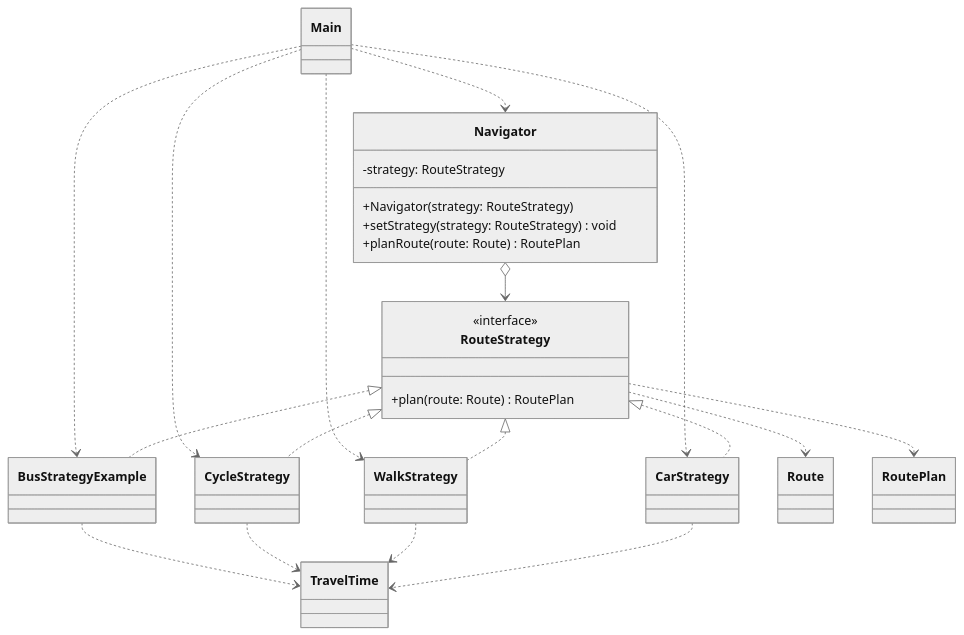
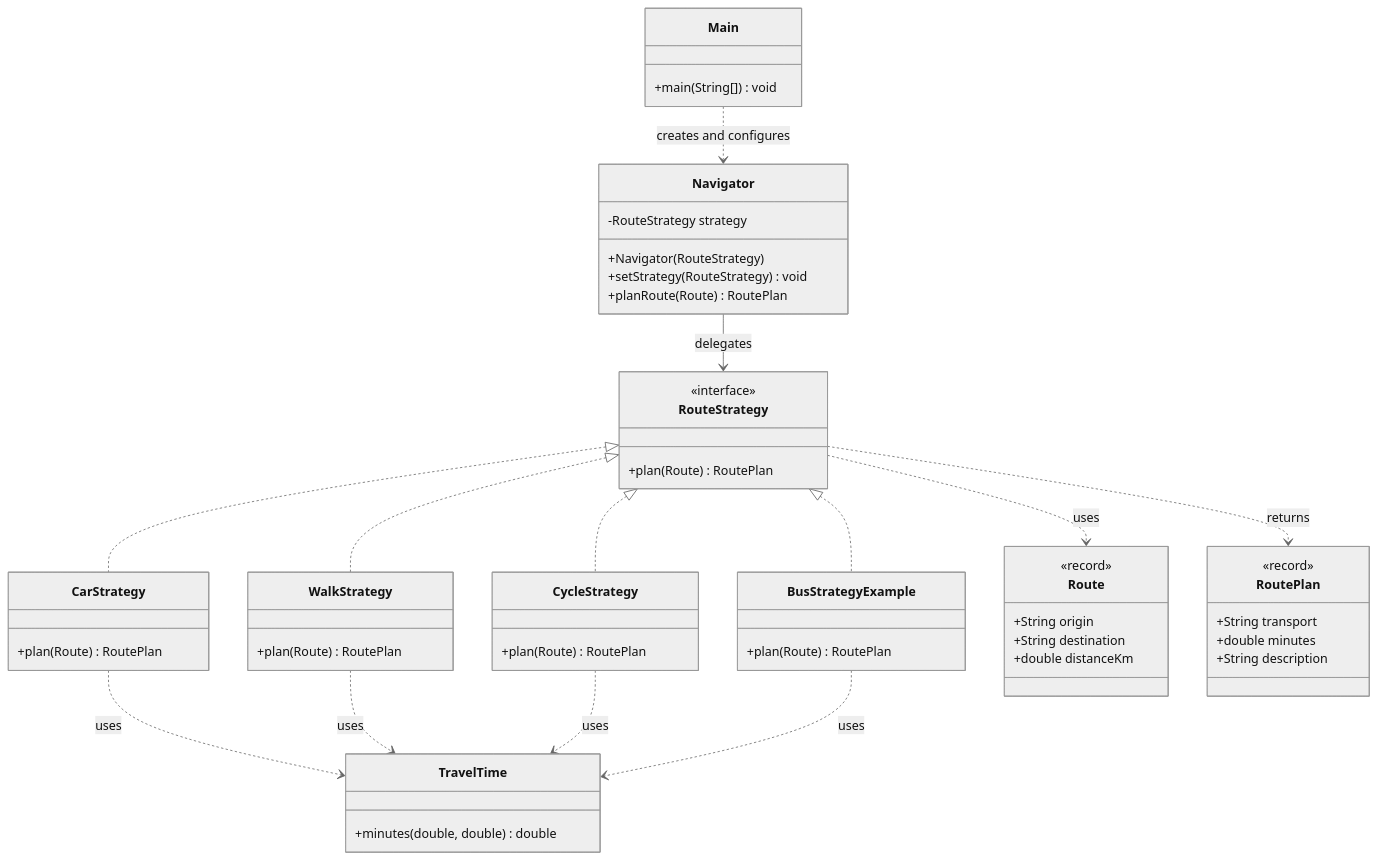
The diagram in REPORT.md (zhuldyzyelbayeva-spec/assignment-5-strategy-pattern-Copy), drawn with Mermaid (neutral theme) before and after one commit. The commit also changed other lines of this file, not shown here.

````diff
--- a/REPORT.md
+++ b/REPORT.md
@@ -10,37 +31,68 @@
 ```mermaid
 classDiagram
     class RouteStrategy {
-      <<interface>>
-      +plan(route: Route) RoutePlan
+        <<interface>>
+        +plan(Route) RoutePlan
     }
+
     class Navigator {
-      -strategy: RouteStrategy
-      +Navigator(strategy: RouteStrategy)
-      +setStrategy(strategy: RouteStrategy) void
-      +planRoute(route: Route) RoutePlan
+        -RouteStrategy strategy
+        +Navigator(RouteStrategy)
+        +setStrategy(RouteStrategy) void
+        +planRoute(Route) RoutePlan
     }
-    class CarStrategy
-    class WalkStrategy
-    class CycleStrategy
-    class BusStrategyExample
-    class TravelTime
-    class Main
-    class Route
-    class RoutePlan
+
+    class CarStrategy {
+        +plan(Route) RoutePlan
+    }
+
+    class WalkStrategy {
+        +plan(Route) RoutePlan
+    }
+
+    class CycleStrategy {
+        +plan(Route) RoutePlan
+    }
+
+    class BusStrategyExample {
+        +plan(Route) RoutePlan
+    }
+
+    class Route {
+        <<record>>
+        +String origin
+        +String destination
+        +double distanceKm
+    }
+
+    class RoutePlan {
+        <<record>>
+        +String transport
+        +double minutes
+        +String description
+    }
+
+    class TravelTime {
+        +minutes(double, double) double
+    }
+
+    class Main {
+        +main(String[]) void
+    }
+
     RouteStrategy <|.. CarStrategy
     RouteStrategy <|.. WalkStrategy
     RouteStrategy <|.. CycleStrategy
     RouteStrategy <|.. BusStrategyExample
-    Navigator o--> RouteStrategy
-    Main ..> Navigator
-    Main ..> CarStrategy
-    Main ..> WalkStrategy
-    Main ..> CycleStrategy
-    Main ..> BusStrategyExample
-    CarStrategy ..> TravelTime
-    WalkStrategy ..> TravelTime
-    CycleStrategy ..> TravelTime
-    BusStrategyExample ..> TravelTime
-    RouteStrategy ..> Route
-    RouteStrategy ..> RoutePlan
+
+    Navigator --> RouteStrategy : delegates
+    RouteStrategy ..> Route : uses
+    RouteStrategy ..> RoutePlan : returns
+
+    CarStrategy ..> TravelTime : uses
+    WalkStrategy ..> TravelTime : uses
+    CycleStrategy ..> TravelTime : uses
+    BusStrategyExample ..> TravelTime : uses
+
+    Main ..> Navigator : creates and configures
 ```
````
